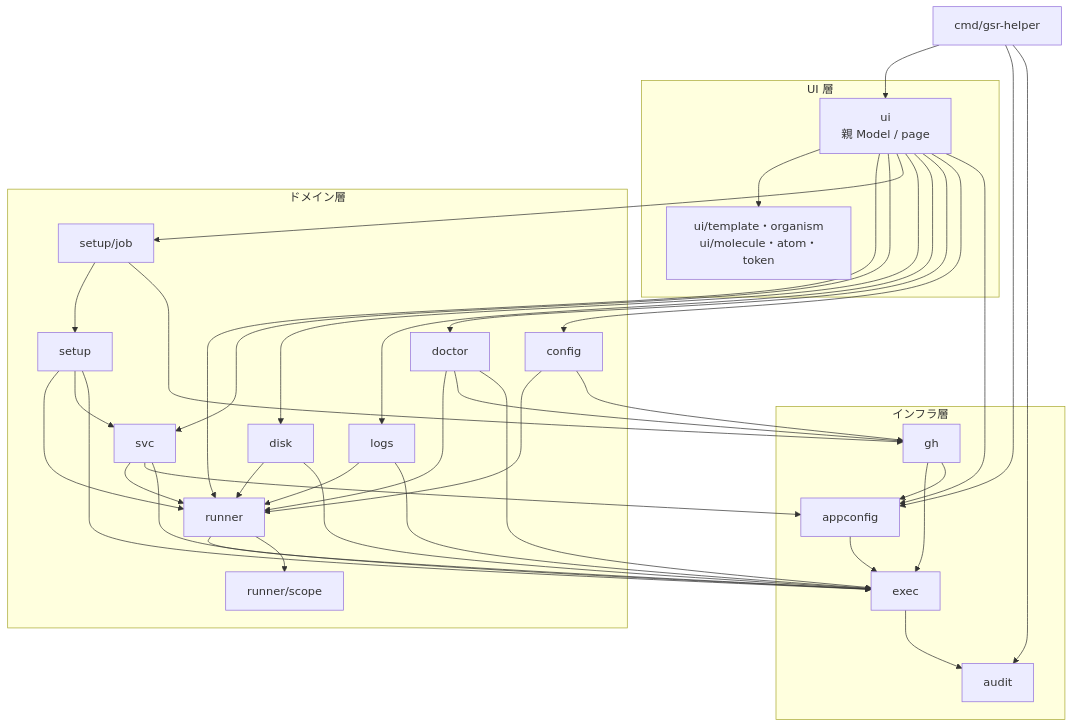
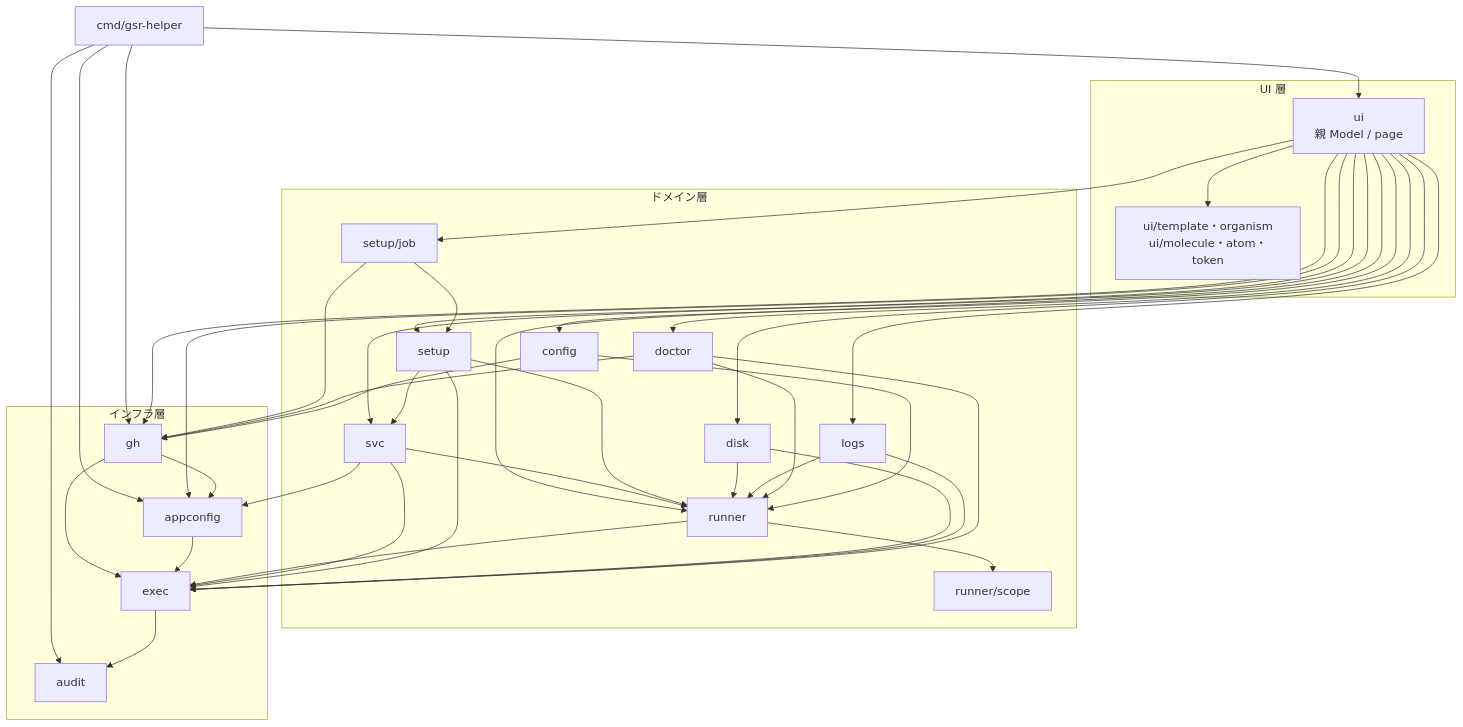
One commit to ousiassllc/gsr-helper changed the diagram in docs/components/overview.md. Above: the diagram before and after it, drawn with Mermaid. The commit also changed other lines of this file and 4 other files, not shown here.

````diff
--- a/docs/components/overview.md
+++ b/docs/components/overview.md
@@ -7,68 +7,71 @@
 ```mermaid
 graph TD
     Main[cmd/gsr-helper]
 
     subgraph UI[UI 層]
         UIApp[ui<br/>親 Model / page]
         UIParts[ui/template・organism<br/>ui/molecule・atom・token]
     end
 
     subgraph Domain[ドメイン層]
         Runner[runner]
         RScope[runner/scope]
         Svc[svc]
         Setup[setup]
         SetupJob[setup/job]
         Disk[disk]
         Logs[logs]
         Doctor[doctor]
         Config[config]
     end
 
     subgraph Infra[インフラ層]
         Exec[exec]
         GH[gh]
         Audit[audit]
         Appconf[appconfig]
     end
 
     Main --> UIApp
     Main --> Appconf
     Main --> Audit
+    Main --> GH
 
     UIApp --> UIParts
 
     UIApp --> Runner
     UIApp --> Svc
+    UIApp --> Setup
     UIApp --> SetupJob
+    UIApp --> GH
     UIApp --> Disk
     UIApp --> Logs
     UIApp --> Doctor
     UIApp --> Config
     UIApp --> Appconf
 
     Svc --> Runner
     Svc --> Appconf
     SetupJob --> Setup
     SetupJob --> GH
     Setup --> Runner
     Setup --> Svc
     Disk --> Runner
     Logs --> Runner
     Doctor --> Runner
     Doctor --> GH
     Config --> Runner
     Config --> GH
 
     Runner --> Exec
     Runner --> RScope
     Svc --> Exec
     Setup --> Exec
     Disk --> Exec
     Logs --> Exec
     Doctor --> Exec
     GH --> Exec
     GH --> Appconf
     Appconf --> Exec
     Exec --> Audit
 ```
````
